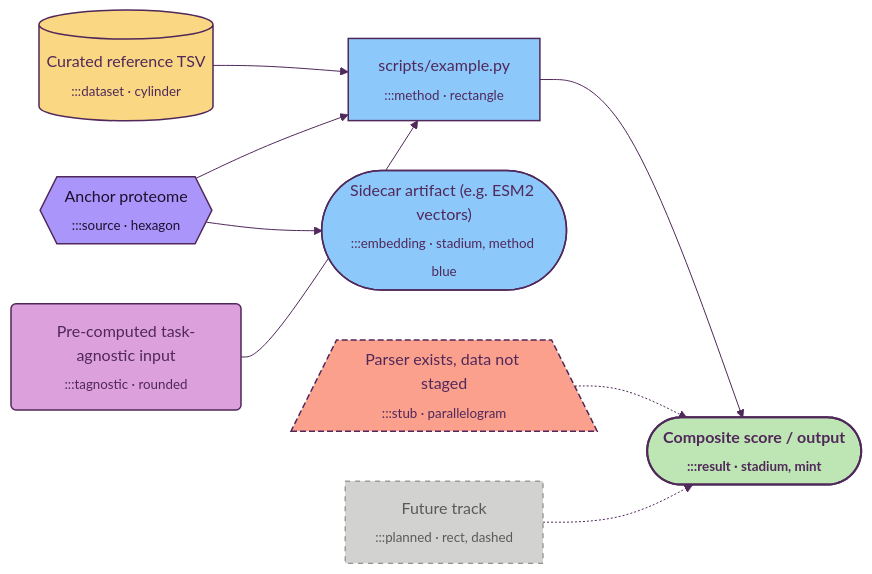
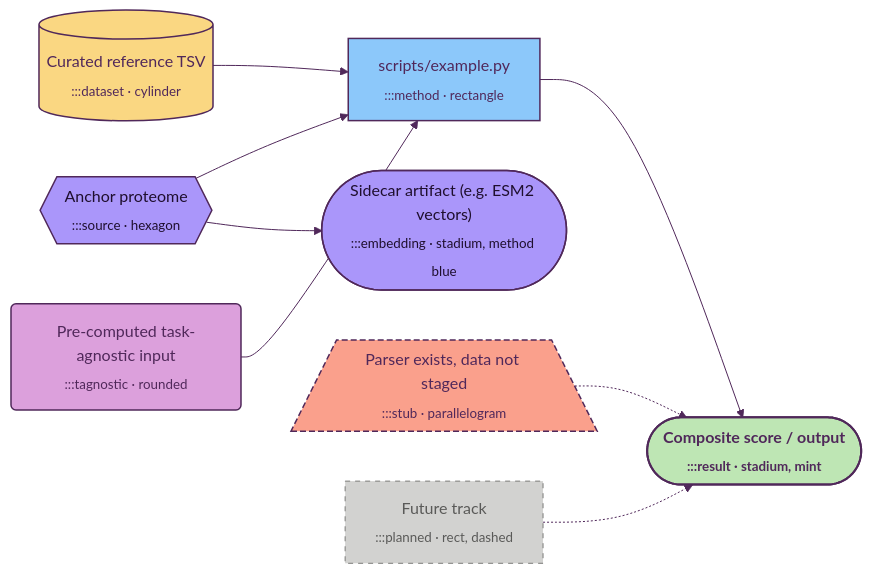
One commit to ersilia-os/gradi-target-prioritization changed the diagram in docs/mermaid_style.md. Above: the diagram before and after it, drawn with Mermaid. The commit also changed other lines of this file and 4 other files, not shown here.

Commit message:
diagramming

````diff
--- a/docs/mermaid_style.md
+++ b/docs/mermaid_style.md
@@ -70,29 +70,29 @@
 ```mermaid
 %%{init: {'theme':'base','themeVariables':{'primaryColor':'#FAD782','primaryBorderColor':'#50285A','primaryTextColor':'#50285A','lineColor':'#50285A','secondaryColor':'#8CC8FA','tertiaryColor':'#BEE6B4','clusterBkg':'#F0F0EE','clusterBorder':'#B0B0AE','titleColor':'#50285A','fontFamily':'Inter, system-ui, sans-serif'}}}%%
 flowchart LR
     classDef source    fill:#AA96FA,stroke:#50285A,stroke-width:1.5px,color:#1F0F2E
     classDef dataset   fill:#FAD782,stroke:#50285A,stroke-width:1.5px,color:#50285A
     classDef method    fill:#8CC8FA,stroke:#50285A,stroke-width:1.5px,color:#50285A
-    classDef embedding fill:#8CC8FA,stroke:#50285A,stroke-width:1.5px,color:#50285A
+    classDef embedding fill:#AA96FA,stroke:#50285A,stroke-width:1.5px,color:#1F0F2E
     classDef result    fill:#BEE6B4,stroke:#50285A,stroke-width:2px,color:#50285A,font-weight:bold
     classDef tagnostic fill:#DCA0DC,stroke:#50285A,stroke-width:1.5px,color:#50285A
     classDef stub      fill:#FAA08C,stroke:#50285A,stroke-width:1.5px,stroke-dasharray:6 3,color:#50285A
     classDef planned   fill:#D2D2D0,stroke:#7A7A78,stroke-width:1px,stroke-dasharray:5 5,color:#5A5A58
 
     SRC{{"Anchor proteome<br/><sub>:::source · hexagon</sub>"}}:::source
     DS[("Curated reference TSV<br/><sub>:::dataset · cylinder</sub>")]:::dataset
     TA("Pre-computed task-agnostic input<br/><sub>:::tagnostic · rounded</sub>"):::tagnostic
     M["scripts/example.py<br/><sub>:::method · rectangle</sub>"]:::method
     EMB(["Sidecar artifact (e.g. ESM2 vectors)<br/><sub>:::embedding · stadium, method blue</sub>"]):::embedding
     STUB[/"Parser exists, data not staged<br/><sub>:::stub · parallelogram</sub>"\]:::stub
     PL["Future track<br/><sub>:::planned · rect, dashed</sub>"]:::planned
     R(["Composite score / output<br/><sub>:::result · stadium, mint</sub>"]):::result
 
     SRC --> M
     DS  --> M
     TA  --> M
     M   --> R
     SRC --> EMB
     STUB -.-> R
     PL  -.-> R
 ```
````
